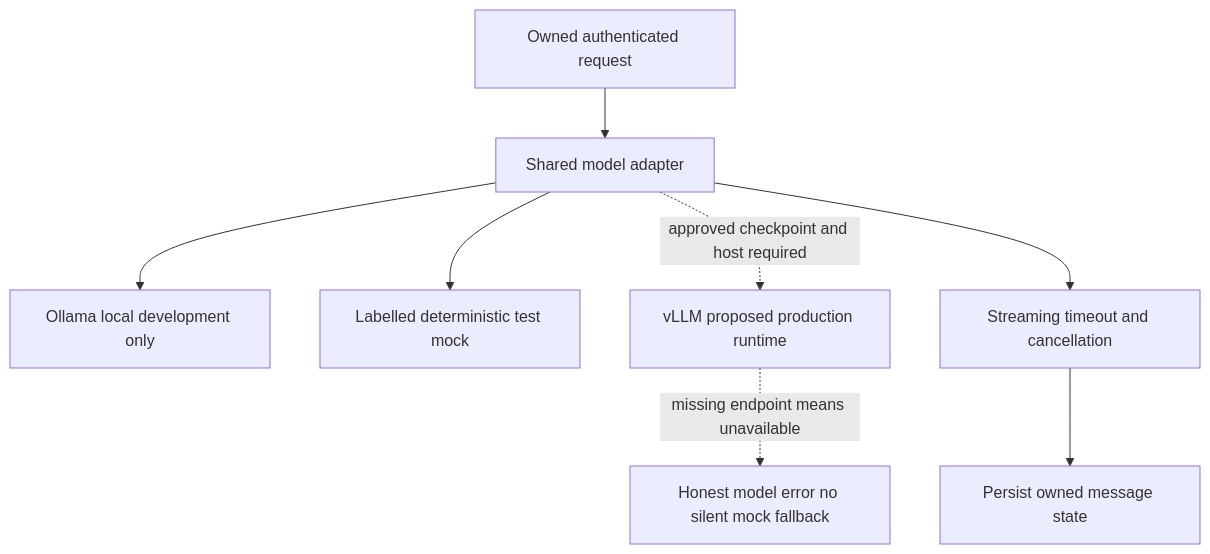
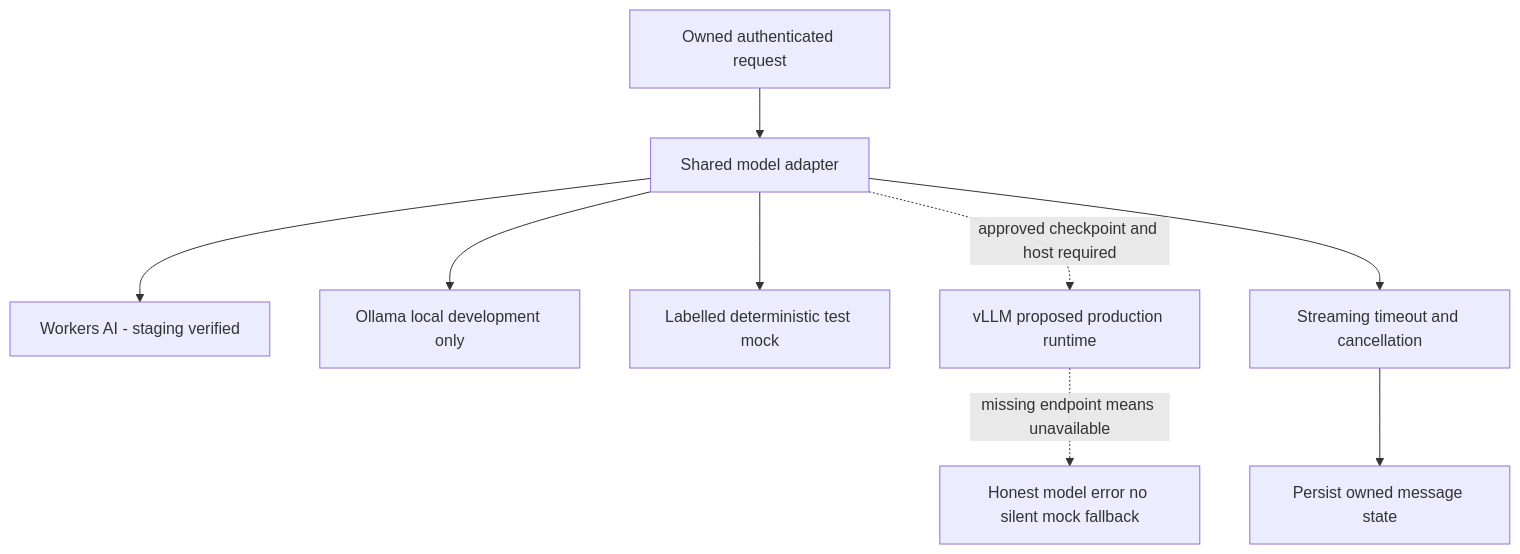
One commit to DruHustle/onesa-ai-platform changed the diagram in docs/diagrams/public-routing.mmd. Above: the diagram before and after it, drawn with Mermaid. The commit also changed 88 other files, not shown here.

Commit message:
Add visual engineering onboarding and current deployment architecture

```diff
--- a/docs/diagrams/public-routing.mmd
+++ b/docs/diagrams/public-routing.mmd
@@ -1,8 +1,9 @@
 flowchart TB
 Request[Owned authenticated request] --> Client[Shared model adapter]
+Client --> CF[Workers AI - staging verified]
 Client --> Ollama[Ollama local development only]
 Client --> Mock[Labelled deterministic test mock]
 Client -. approved checkpoint and host required .-> VLLM[vLLM proposed production runtime]
 Client --> Stream[Streaming timeout and cancellation]
 Stream --> Persist[Persist owned message state]
 VLLM -. missing endpoint means unavailable .-> Error[Honest model error no silent mock fallback]
```
